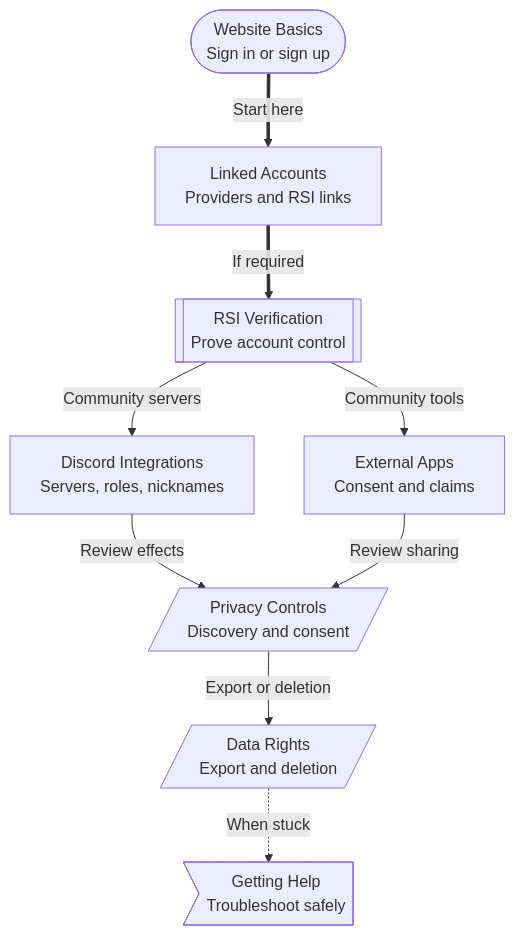
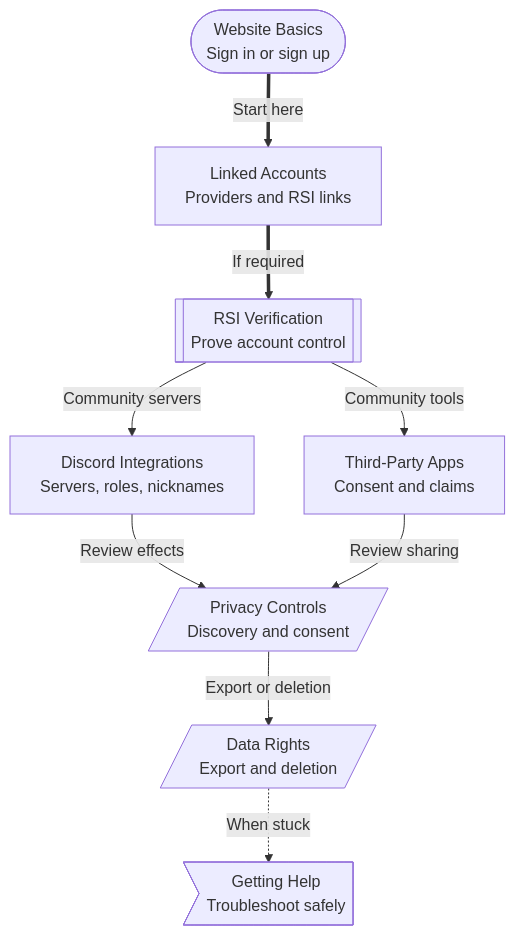
Before and after one commit to ArkanisCorporation/CitizenId-docs: the diagram in docs/players/index.md, drawn with Mermaid. The commit also changed other lines of this file and 11 other files, not shown here.

Commit message:
refactor: third party app wording

````diff
--- a/docs/players/index.md
+++ b/docs/players/index.md
@@ -18,35 +18,35 @@
 ```mermaid
 flowchart TD
   website(["Website Basics<br/>Sign in or sign up"])
   accounts["Linked Accounts<br/>Providers and RSI links"]
   rsi[["RSI Verification<br/>Prove account control"]]
   discord["Discord Integrations<br/>Servers, roles, nicknames"]
-  apps["External Apps<br/>Consent and claims"]
+  apps["Third-Party Apps<br/>Consent and claims"]
   privacy[/"Privacy Controls<br/>Discovery and consent"/]
   dataRights[/Data Rights<br/>Export and deletion/]
   support>Getting Help<br/>Troubleshoot safely]
 
   website ==>|Start here| accounts
   accounts ==>|If required| rsi
   rsi -->|"Community servers"| discord
   rsi -->|"Community tools"| apps
   discord -->|"Review effects"| privacy
   apps -->|"Review sharing"| privacy
   privacy -->|"Export or deletion"| dataRights
   dataRights -. "When stuck" .-> support
 
   class website,discord,apps context;
   class accounts action;
   class rsi service;
   class privacy,dataRights data;
   class support caution;
 
   click website "/players/website-basics" "Open Website Basics" _self
   click accounts "/players/linked-accounts" "Open Linked Accounts" _self
   click rsi "/players/rsi-verification" "Open RSI Verification" _self
   click discord "/players/discord-integrations" "Open Discord Integrations" _self
-  click apps "/players/external-apps" "Open External Apps" _self
+  click apps "/players/external-apps" "Open Third-Party Apps" _self
   click privacy "/players/privacy-controls" "Open Privacy Controls" _self
   click dataRights "/players/data-rights" "Open Data Rights" _self
   click support "/players/getting-help" "Open Getting Help" _self
 ```
````
